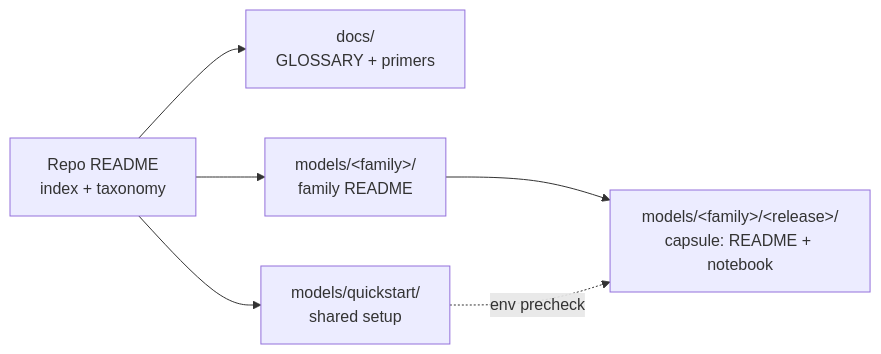
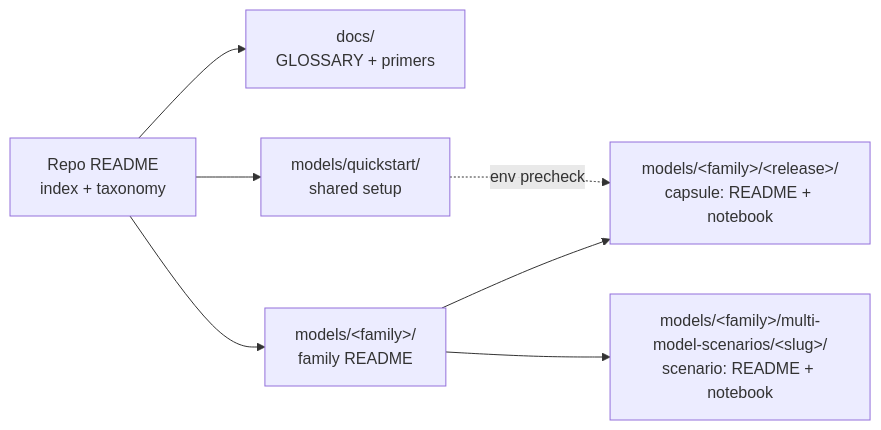
One commit to microsoft-foundry/model-releases changed the first of 2 diagrams in docs/README.md. Above: the diagram before and after it, drawn with Mermaid. The commit also changed other lines of this file and 46 other files, not shown here.

````diff
--- a/docs/README.md
+++ b/docs/README.md
@@ -24,8 +26,9 @@
 ```mermaid
 flowchart LR
     R[Repo README<br/>index + taxonomy] --> D[docs/<br/>GLOSSARY + primers]
     R --> Q[models/quickstart/<br/>shared setup]
     R --> F[models/&lt;family&gt;/<br/>family README]
     F --> C[models/&lt;family&gt;/&lt;release&gt;/<br/>capsule: README + notebook]
+    F --> S[models/&lt;family&gt;/multi-model-scenarios/&lt;slug&gt;/<br/>scenario: README + notebook]
     Q -.env precheck.-> C
 ```
````
